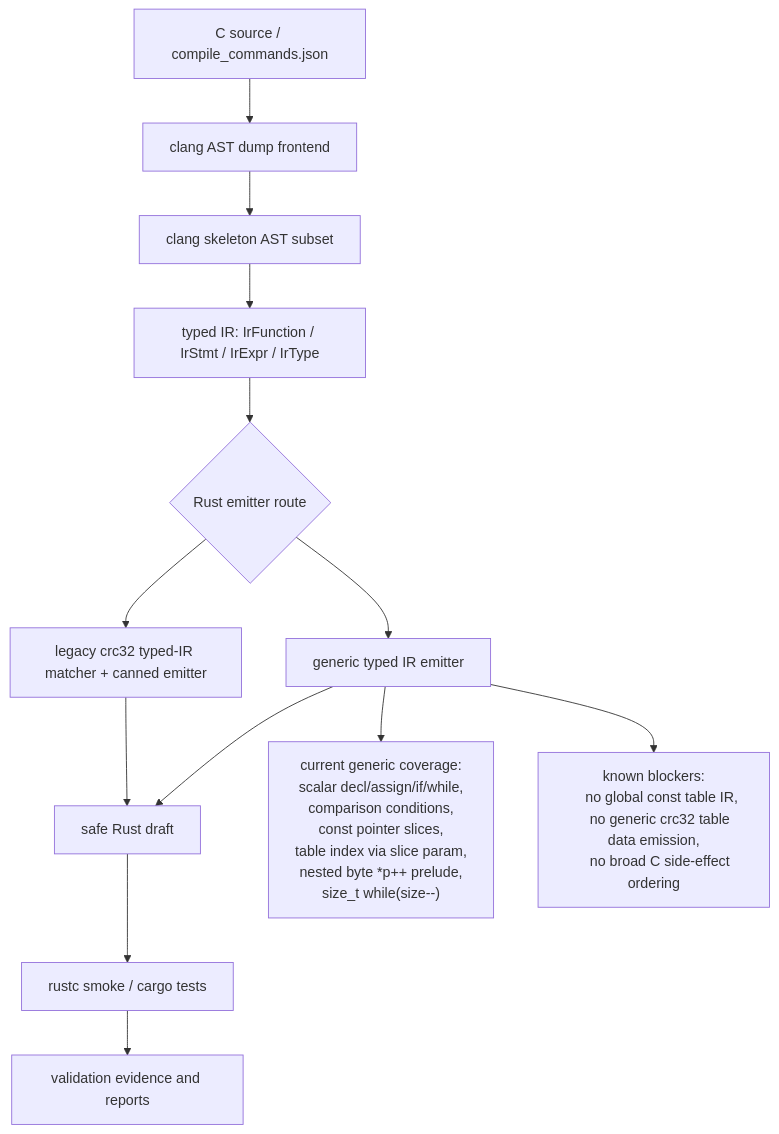
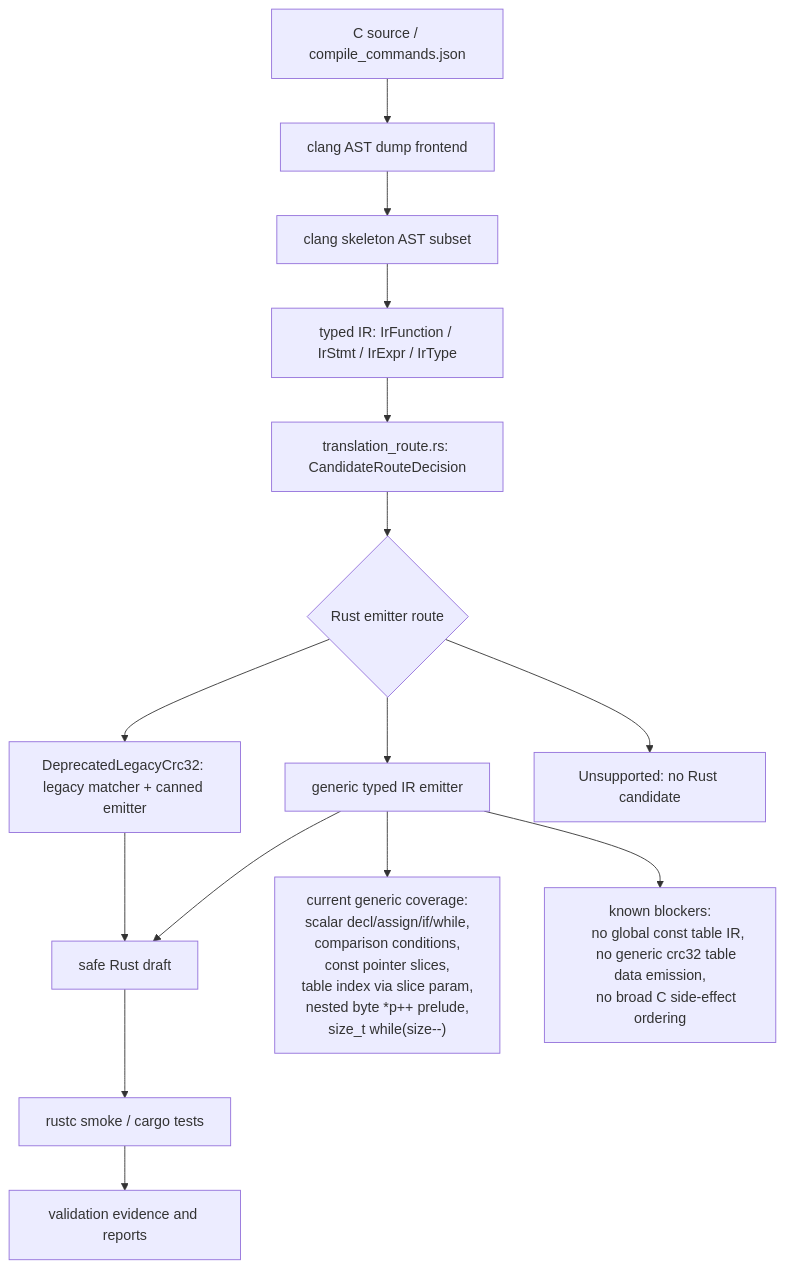
The diagram in docs/c2rust-migration-agent/core-translation-architecture.en.md (guoqihan342-svg/c-to-rust), drawn with Mermaid before and after one commit. The commit also changed other lines of this file and 9 other files, not shown here.

Commit message:
Add candidate route metadata to typed IR emission

````diff
--- a/docs/c2rust-migration-agent/core-translation-architecture.en.md
+++ b/docs/c2rust-migration-agent/core-translation-architecture.en.md
@@ -7,25 +7,27 @@
 ```mermaid
 flowchart TD
     C["C source / compile_commands.json"] --> Clang["clang AST dump frontend"]
     Clang --> Skeleton["clang skeleton AST subset"]
     Skeleton --> IR["typed IR: IrFunction / IrStmt / IrExpr / IrType"]
-    IR --> Emitter{"Rust emitter route"}
+    IR --> RouteMeta["translation_route.rs: CandidateRouteDecision"]
+    RouteMeta --> Emitter{"Rust emitter route"}
     Emitter --> Generic["generic typed IR emitter"]
-    Emitter --> Canned["legacy crc32 typed-IR matcher + canned emitter"]
+    Emitter --> Canned["DeprecatedLegacyCrc32: legacy matcher + canned emitter"]
+    Emitter --> Unsupported["Unsupported: no Rust candidate"]
     Generic --> Rust["safe Rust draft"]
     Canned --> Rust
     Rust --> Rustc["rustc smoke / cargo tests"]
     Rustc --> Evidence["validation evidence and reports"]
 
     Generic --> Supported["current generic coverage:
     scalar decl/assign/if/while,
     comparison conditions,
     const pointer slices,
     table index via slice param,
     nested byte *p++ prelude,
     size_t while(size--)"]
     Generic --> Blocked["known blockers:
     no global const table IR,
     no generic crc32 table data emission,
     no broad C side-effect ordering"]
 ```
````
